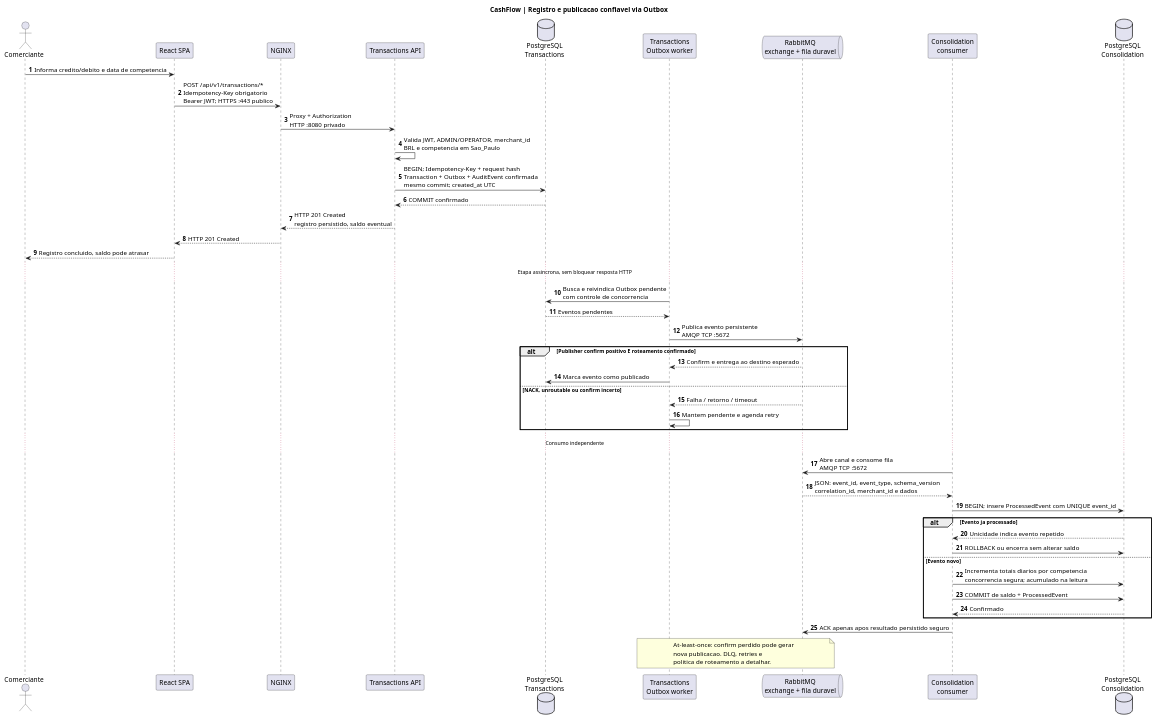
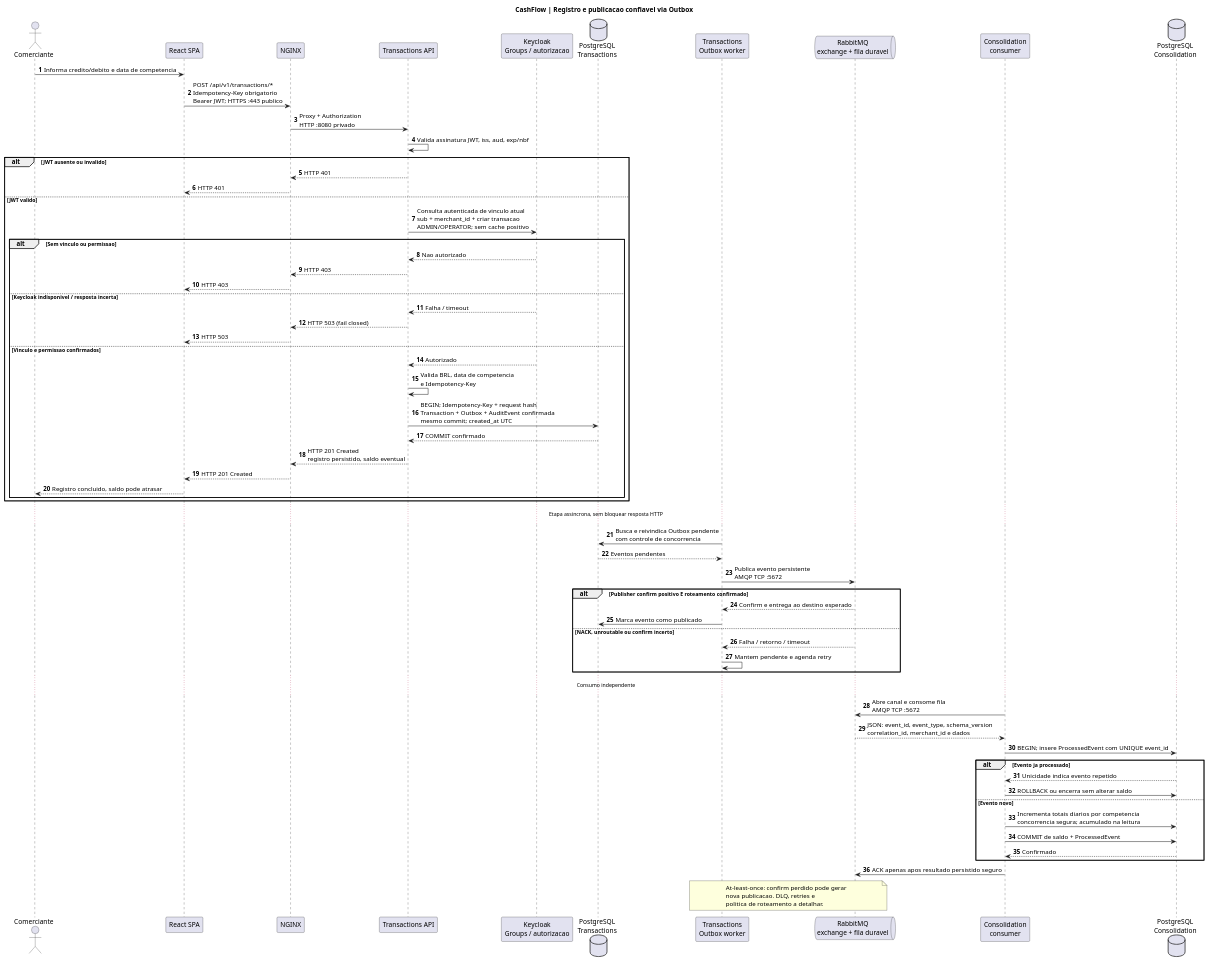
Before and after one commit to wolwerr/CashFlow-Architecture: the diagram in docs/architecture/plantuml/sequence-register.puml, drawn with PlantUML.

Commit message:
docs(diagrams): show Keycloak authorization and fail-closed in sequence-register

```diff
--- a/docs/architecture/plantuml/sequence-register.puml
+++ b/docs/architecture/plantuml/sequence-register.puml
@@ -1,53 +1,72 @@
 @startuml CashFlow_Register
 title CashFlow | Registro e publicacao confiavel via Outbox
 autonumber
 actor Comerciante as U
 participant "React SPA" as W
 participant "NGINX" as G
 participant "Transactions API" as API
+participant "Keycloak\nGroups / autorizacao" as KC
 database "PostgreSQL\nTransactions" as DBT
 participant "Transactions\nOutbox worker" as OUT
 queue "RabbitMQ\nexchange + fila duravel" as MQ
 participant "Consolidation\nconsumer" as CON
 database "PostgreSQL\nConsolidation" as DBC
 
 U -> W: Informa credito/debito e data de competencia
 W -> G: POST /api/v1/transactions/*\nIdempotency-Key obrigatorio\nBearer JWT; HTTPS :443 publico
 G -> API: Proxy + Authorization\nHTTP :8080 privado
-API -> API: Valida JWT, ADMIN/OPERATOR, merchant_id\nBRL e competencia em Sao_Paulo
-API -> DBT: BEGIN; Idempotency-Key + request hash\nTransaction + Outbox + AuditEvent confirmada\nmesmo commit; created_at UTC
-DBT --> API: COMMIT confirmado
-API --> G: HTTP 201 Created\nregistro persistido, saldo eventual
-G --> W: HTTP 201 Created
-W --> U: Registro concluido, saldo pode atrasar
+API -> API: Valida assinatura JWT, iss, aud, exp/nbf
+alt JWT ausente ou invalido
+  API --> G: HTTP 401
+  G --> W: HTTP 401
+else JWT valido
+  API -> KC: Consulta autenticada de vinculo atual\nsub + merchant_id + criar transacao\nADMIN/OPERATOR; sem cache positivo
+  alt Sem vinculo ou permissao
+    KC --> API: Nao autorizado
+    API --> G: HTTP 403
+    G --> W: HTTP 403
+  else Keycloak indisponivel / resposta incerta
+    KC --> API: Falha / timeout
+    API --> G: HTTP 503 (fail closed)
+    G --> W: HTTP 503
+  else Vinculo e permissao confirmados
+    KC --> API: Autorizado
+    API -> API: Valida BRL, data de competencia\ne Idempotency-Key
+    API -> DBT: BEGIN; Idempotency-Key + request hash\nTransaction + Outbox + AuditEvent confirmada\nmesmo commit; created_at UTC
+    DBT --> API: COMMIT confirmado
+    API --> G: HTTP 201 Created\nregistro persistido, saldo eventual
+    G --> W: HTTP 201 Created
+    W --> U: Registro concluido, saldo pode atrasar
+  end
+end
 
 ... Etapa assincrona, sem bloquear resposta HTTP ...
 OUT -> DBT: Busca e reivindica Outbox pendente\ncom controle de concorrencia
 DBT --> OUT: Eventos pendentes
 OUT -> MQ: Publica evento persistente\nAMQP TCP :5672
 alt Publisher confirm positivo E roteamento confirmado
   MQ --> OUT: Confirm e entrega ao destino esperado
   OUT -> DBT: Marca evento como publicado
 else NACK, unroutable ou confirm incerto
   MQ --> OUT: Falha / retorno / timeout
   OUT -> OUT: Mantem pendente e agenda retry
 end
 ... Consumo independente ...
 CON -> MQ: Abre canal e consome fila\nAMQP TCP :5672
 MQ --> CON: JSON: event_id, event_type, schema_version\ncorrelation_id, merchant_id e dados
 CON -> DBC: BEGIN; insere ProcessedEvent com UNIQUE event_id
 alt Evento ja processado
   DBC --> CON: Unicidade indica evento repetido
   CON -> DBC: ROLLBACK ou encerra sem alterar saldo
 else Evento novo
   CON -> DBC: Incrementa totais diarios por competencia\nconcorrencia segura; acumulado na leitura
   CON -> DBC: COMMIT de saldo + ProcessedEvent
   DBC --> CON: Confirmado
 end
 CON -> MQ: ACK apenas apos resultado persistido seguro
 note over OUT,MQ
 At-least-once: confirm perdido pode gerar
 nova publicacao. DLQ, retries e
 politica de roteamento a detalhar.
 end note
 @enduml
```
